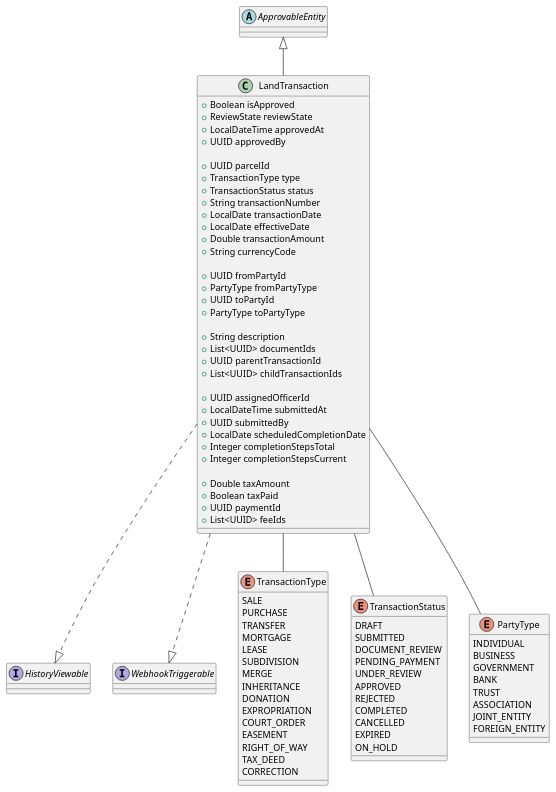
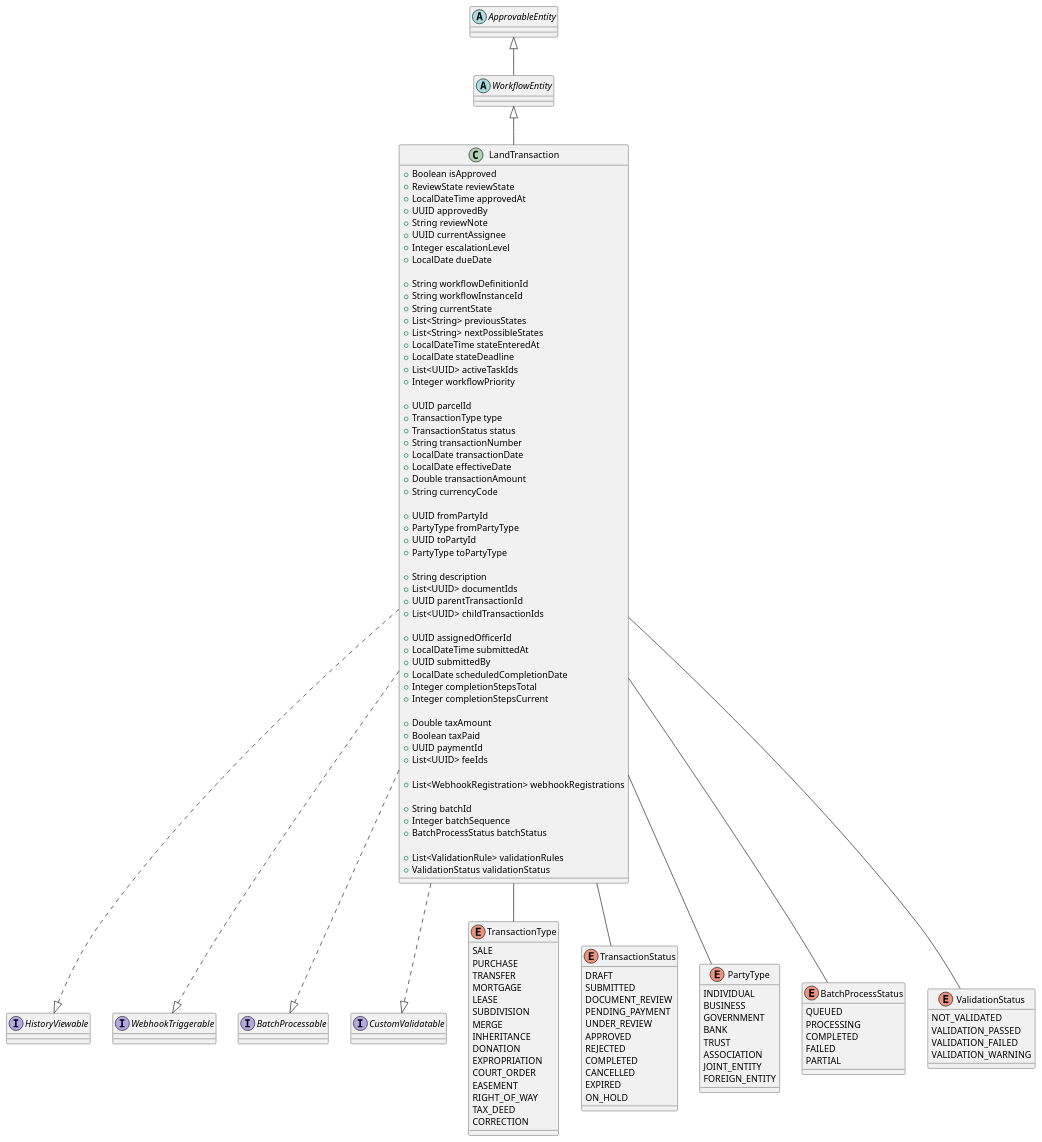
One commit to fernsky/likhupike-backend-dpms changed the first of 16 diagrams in src/docs/asciidoc/design/concrete-data-model/land/land-transaction.adoc. Above: the diagram before and after it, drawn with PlantUML. The commit also changed other lines of this file and 1 other file, not shown here.

Commit message:
feat(docs): enhance LandTransaction model with workflow, batch processing, and validation capabilities

```diff
--- a/src/docs/asciidoc/design/concrete-data-model/land/land-transaction.adoc
+++ b/src/docs/asciidoc/design/concrete-data-model/land/land-transaction.adoc
@@ -9,8 +9,11 @@
 @startuml
 ' Core models
 abstract class ApprovableEntity
+abstract class WorkflowEntity
 interface HistoryViewable
 interface WebhookTriggerable
+interface BatchProcessable
+interface CustomValidatable
 
 ' LandTransaction implementation
 class LandTransaction {
@@ -19,6 +22,21 @@
   +ReviewState reviewState
   +LocalDateTime approvedAt
   +UUID approvedBy
+  +String reviewNote
+  +UUID currentAssignee
+  +Integer escalationLevel
+  +LocalDate dueDate
+  
+  ' From WorkflowEntity
+  +String workflowDefinitionId
+  +String workflowInstanceId
+  +String currentState
+  +List<String> previousStates
+  +List<String> nextPossibleStates
+  +LocalDateTime stateEnteredAt
+  +LocalDate stateDeadline
+  +List<UUID> activeTaskIds
+  +Integer workflowPriority
   
   ' LandTransaction-specific
   +UUID parcelId
@@ -55,6 +73,18 @@
   +Boolean taxPaid
   +UUID paymentId
   +List<UUID> feeIds
+  
+  ' Webhook capabilities
+  +List<WebhookRegistration> webhookRegistrations
+  
+  ' Batch processing capabilities
+  +String batchId
+  +Integer batchSequence
+  +BatchProcessStatus batchStatus
+  
+  ' Validation capabilities
+  +List<ValidationRule> validationRules
+  +ValidationStatus validationStatus
   
   ' Implementation methods...
 }
@@ -103,16 +133,36 @@
   FOREIGN_ENTITY
 }
 
+enum BatchProcessStatus {
+  QUEUED
+  PROCESSING
+  COMPLETED
+  FAILED
+  PARTIAL
+}
+
+enum ValidationStatus {
+  NOT_VALIDATED
+  VALIDATION_PASSED
+  VALIDATION_FAILED
+  VALIDATION_WARNING
+}
+
 ' Inheritance relationships
-ApprovableEntity <|-- LandTransaction
+ApprovableEntity <|-- WorkflowEntity
+WorkflowEntity <|-- LandTransaction
 
 ' Interface implementation
 LandTransaction ..|> HistoryViewable
 LandTransaction ..|> WebhookTriggerable
+LandTransaction ..|> BatchProcessable
+LandTransaction ..|> CustomValidatable
 
 ' Enum relationships
 LandTransaction -- TransactionType
 LandTransaction -- TransactionStatus
 LandTransaction -- PartyType
+LandTransaction -- BatchProcessStatus
+LandTransaction -- ValidationStatus
 @enduml
 ----
```
